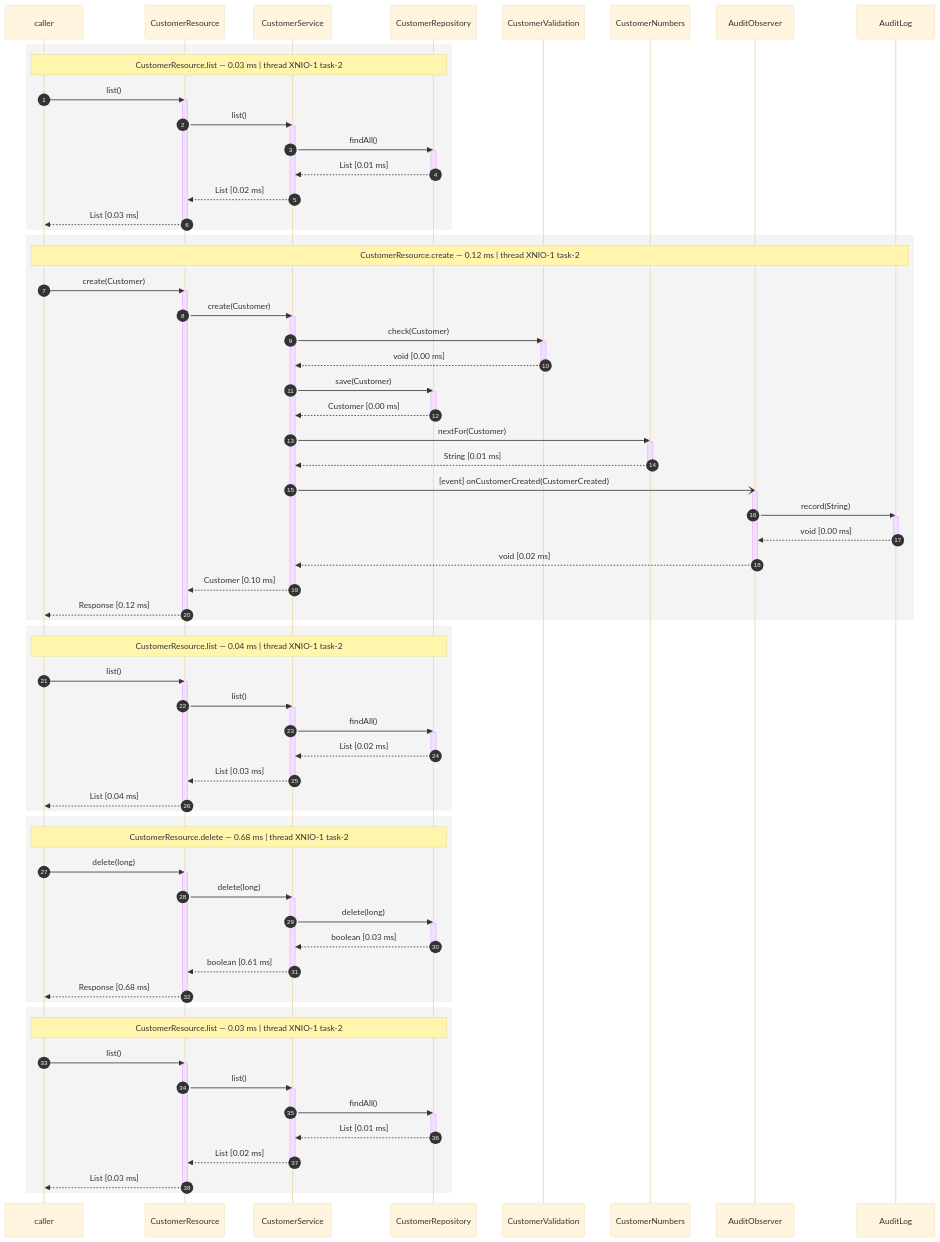
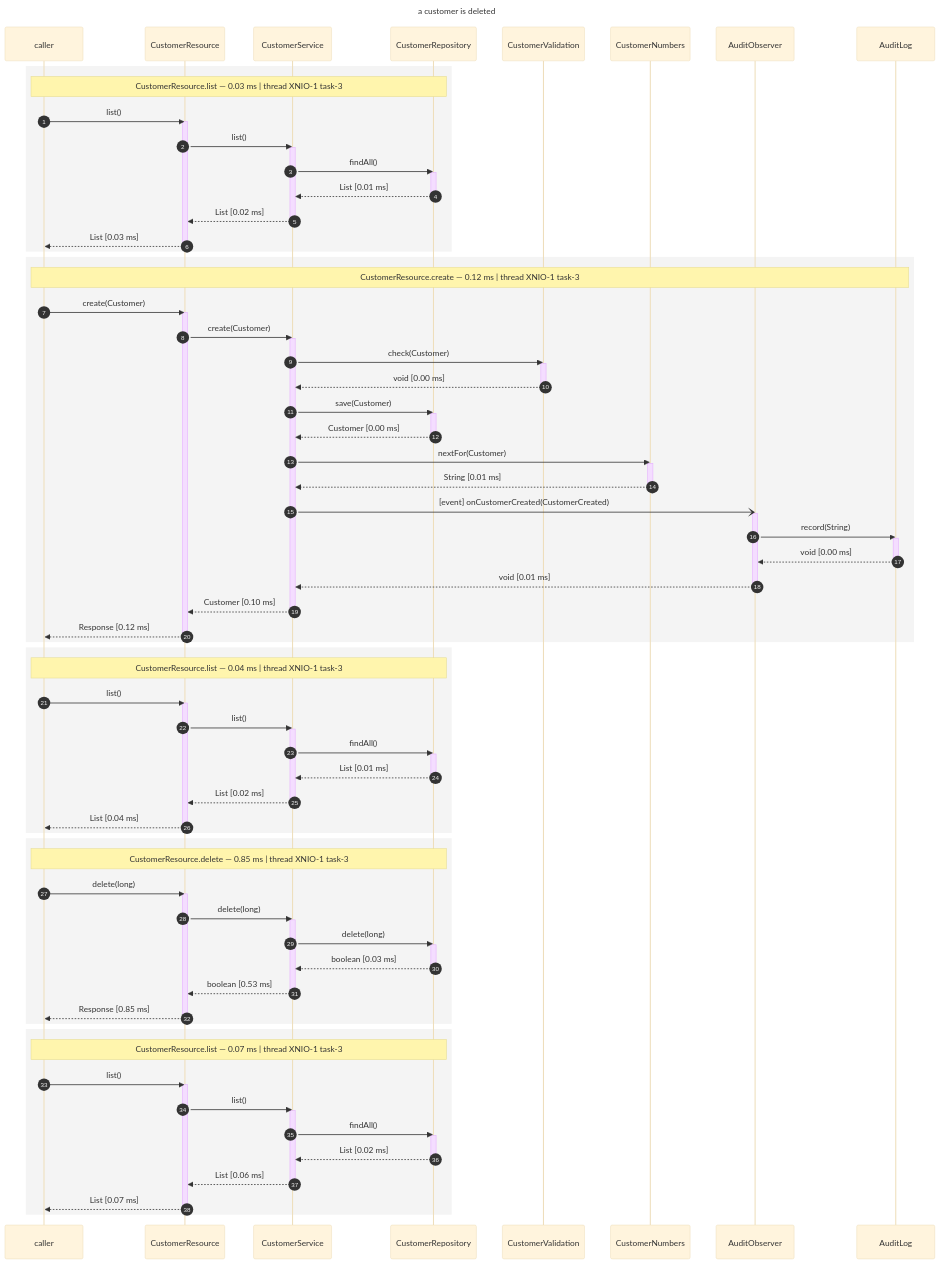
The fourth of 4 diagrams in cdi-flow-examples/cdi-flow-examples-jakarta-crud/README.md (os890/dynamic-cdi-flow-renderer), drawn with Mermaid (base theme) before and after one commit. The commit also changed other lines of this file and 16 other files, not shown here.

````diff
--- a/cdi-flow-examples/cdi-flow-examples-jakarta-crud/README.md
+++ b/cdi-flow-examples/cdi-flow-examples-jakarta-crud/README.md
@@ -348,4 +358,7 @@
 ```mermaid
+---
+title: "a customer is deleted"
+---
 sequenceDiagram
     autonumber
     participant Caller as caller
@@ -357,7 +370,7 @@
     participant AuditObserver
     participant AuditLog
     rect rgb(244, 244, 244)
-        Note over Caller,CustomerRepository: CustomerResource.list — 0.03 ms | thread XNIO-1 task-2
+        Note over Caller,CustomerRepository: CustomerResource.list — 0.03 ms | thread XNIO-1 task-3
         Caller->>CustomerResource: list()
         activate CustomerResource
             CustomerResource->>CustomerService: list()
@@ -372,7 +385,7 @@
         deactivate CustomerResource
     end
     rect rgb(244, 244, 244)
-        Note over Caller,AuditLog: CustomerResource.create — 0.12 ms | thread XNIO-1 task-2
+        Note over Caller,AuditLog: CustomerResource.create — 0.12 ms | thread XNIO-1 task-3
         Caller->>CustomerResource: create(Customer)
         activate CustomerResource
             CustomerResource->>CustomerService: create(Customer)
@@ -395,7 +408,7 @@
                     activate AuditLog
                     AuditLog-->>AuditObserver: void [0.00 ms]
                     deactivate AuditLog
-                AuditObserver-->>CustomerService: void [0.02 ms]
+                AuditObserver-->>CustomerService: void [0.01 ms]
                 deactivate AuditObserver
             CustomerService-->>CustomerResource: Customer [0.10 ms]
             deactivate CustomerService
@@ -403,37 +416,7 @@
         deactivate CustomerResource
     end
     rect rgb(244, 244, 244)
-        Note over Caller,CustomerRepository: CustomerResource.list — 0.04 ms | thread XNIO-1 task-2
-        Caller->>CustomerResource: list()
-        activate CustomerResource
-            CustomerResource->>CustomerService: list()
-            activate CustomerService
-                CustomerService->>CustomerRepository: findAll()
-                activate CustomerRepository
-                CustomerRepository-->>CustomerService: List [0.02 ms]
-                deactivate CustomerRepository
-            CustomerService-->>CustomerResource: List [0.03 ms]
-            deactivate CustomerService
-        CustomerResource-->>Caller: List [0.04 ms]
-        deactivate CustomerResource
-    end
-    rect rgb(244, 244, 244)
-        Note over Caller,CustomerRepository: CustomerResource.delete — 0.68 ms | thread XNIO-1 task-2
-        Caller->>CustomerResource: delete(long)
-        activate CustomerResource
-            CustomerResource->>CustomerService: delete(long)
-            activate CustomerService
-                CustomerService->>CustomerRepository: delete(long)
-                activate CustomerRepository
-                CustomerRepository-->>CustomerService: boolean [0.03 ms]
-                deactivate CustomerRepository
-            CustomerService-->>CustomerResource: boolean [0.61 ms]
-            deactivate CustomerService
-        CustomerResource-->>Caller: Response [0.68 ms]
-        deactivate CustomerResource
-    end
-    rect rgb(244, 244, 244)
-        Note over Caller,CustomerRepository: CustomerResource.list — 0.03 ms | thread XNIO-1 task-2
+        Note over Caller,CustomerRepository: CustomerResource.list — 0.04 ms | thread XNIO-1 task-3
         Caller->>CustomerResource: list()
         activate CustomerResource
             CustomerResource->>CustomerService: list()
@@ -444,7 +427,37 @@
                 deactivate CustomerRepository
             CustomerService-->>CustomerResource: List [0.02 ms]
             deactivate CustomerService
-        CustomerResource-->>Caller: List [0.03 ms]
+        CustomerResource-->>Caller: List [0.04 ms]
+        deactivate CustomerResource
+    end
+    rect rgb(244, 244, 244)
+        Note over Caller,CustomerRepository: CustomerResource.delete — 0.85 ms | thread XNIO-1 task-3
+        Caller->>CustomerResource: delete(long)
+        activate CustomerResource
+            CustomerResource->>CustomerService: delete(long)
+            activate CustomerService
+                CustomerService->>CustomerRepository: delete(long)
+                activate CustomerRepository
+                CustomerRepository-->>CustomerService: boolean [0.03 ms]
+                deactivate CustomerRepository
+            CustomerService-->>CustomerResource: boolean [0.53 ms]
+            deactivate CustomerService
+        CustomerResource-->>Caller: Response [0.85 ms]
+        deactivate CustomerResource
+    end
+    rect rgb(244, 244, 244)
+        Note over Caller,CustomerRepository: CustomerResource.list — 0.07 ms | thread XNIO-1 task-3
+        Caller->>CustomerResource: list()
+        activate CustomerResource
+            CustomerResource->>CustomerService: list()
+            activate CustomerService
+                CustomerService->>CustomerRepository: findAll()
+                activate CustomerRepository
+                CustomerRepository-->>CustomerService: List [0.02 ms]
+                deactivate CustomerRepository
+            CustomerService-->>CustomerResource: List [0.06 ms]
+            deactivate CustomerService
+        CustomerResource-->>Caller: List [0.07 ms]
         deactivate CustomerResource
     end
 ```
````
